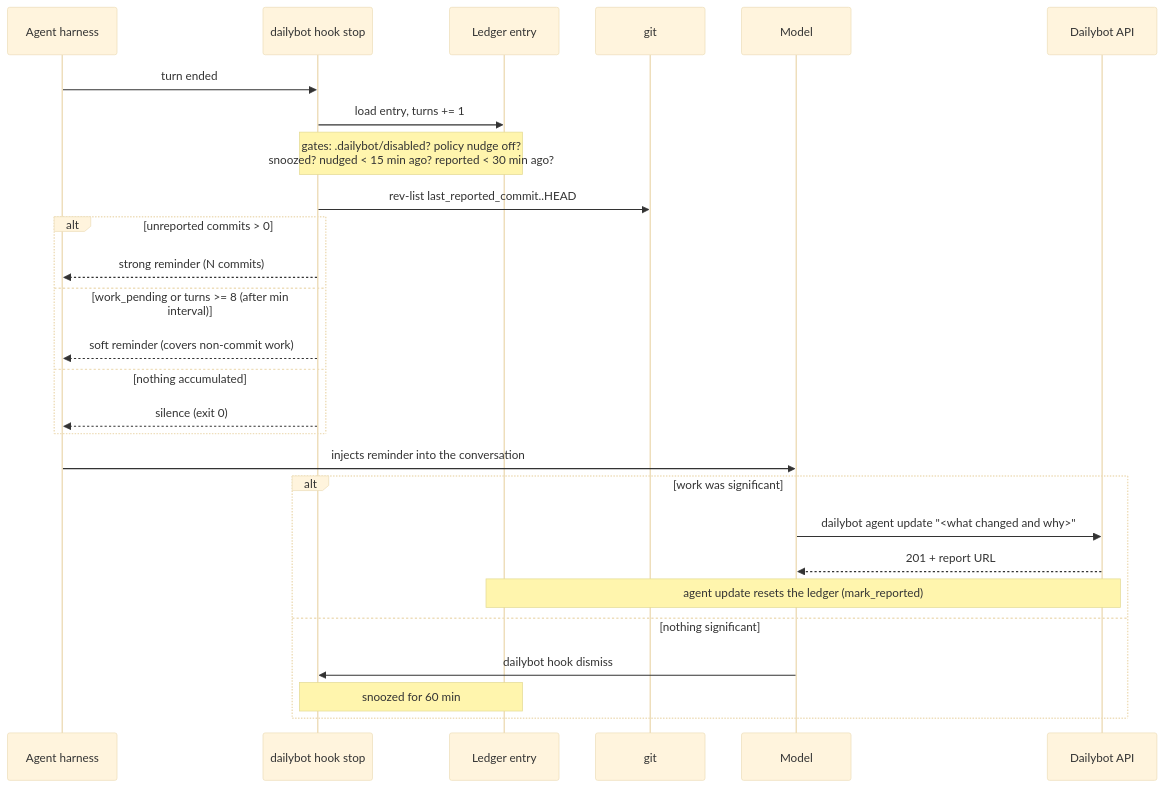
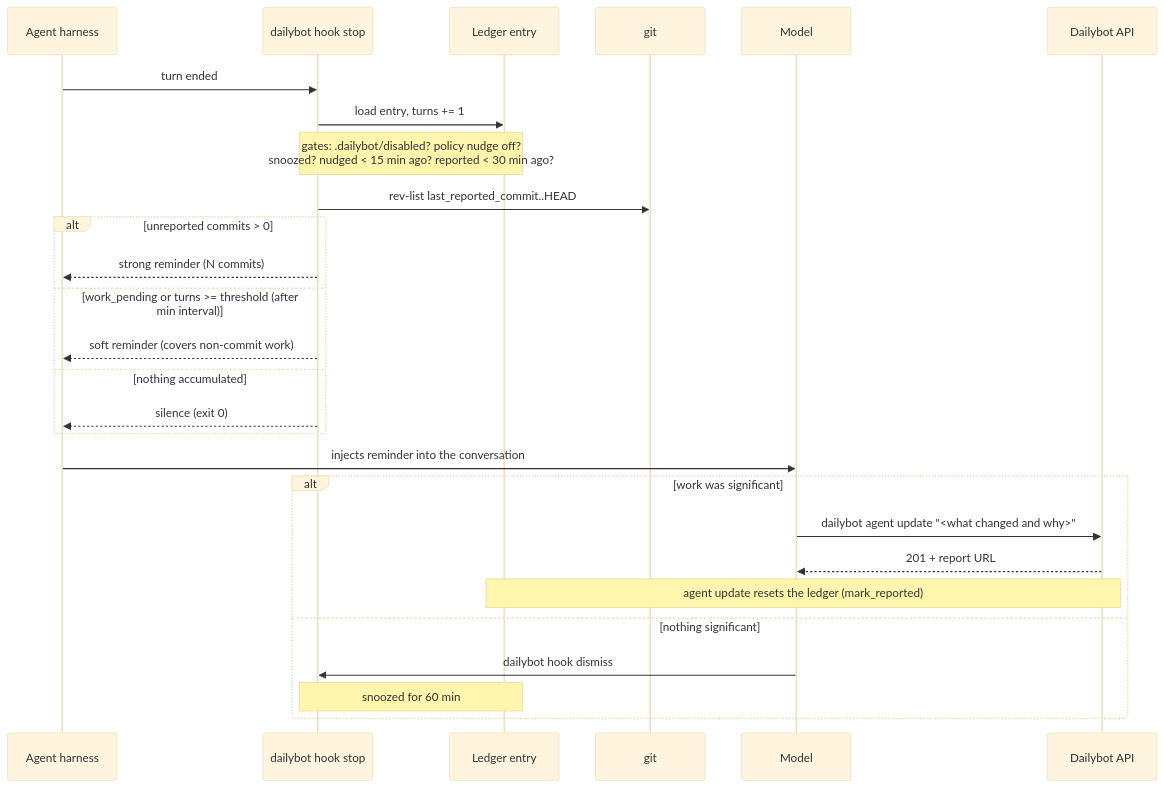
One commit to DailybotHQ/cli changed the second of 3 diagrams in docs/AGENT_HOOKS.md. Above: the diagram before and after it, drawn with Mermaid (base theme). The commit also changed other lines of this file and 4 other files, not shown here.

````diff
--- a/docs/AGENT_HOOKS.md
+++ b/docs/AGENT_HOOKS.md
@@ -127,30 +127,30 @@
 ```mermaid
 sequenceDiagram
     participant H as Agent harness
     participant S as dailybot hook stop
     participant L as Ledger entry
     participant G as git
     participant M as Model
     participant A as Dailybot API
 
     H->>S: turn ended
     S->>L: load entry, turns += 1
     Note over S,L: gates: .dailybot/disabled? policy nudge off?<br/>snoozed? nudged < 15 min ago? reported < 30 min ago?
     S->>G: rev-list last_reported_commit..HEAD
     alt unreported commits > 0
         S-->>H: strong reminder (N commits)
-    else work_pending or turns >= 8 (after min interval)
+    else work_pending or turns >= threshold (after min interval)
         S-->>H: soft reminder (covers non-commit work)
     else nothing accumulated
         S-->>H: silence (exit 0)
     end
     H->>M: injects reminder into the conversation
     alt work was significant
         M->>A: dailybot agent update "<what changed and why>"
         A-->>M: 201 + report URL
         Note over A,L: agent update resets the ledger (mark_reported)
     else nothing significant
         M->>S: dailybot hook dismiss
         Note over S,L: snoozed for 60 min
     end
 ```
````
